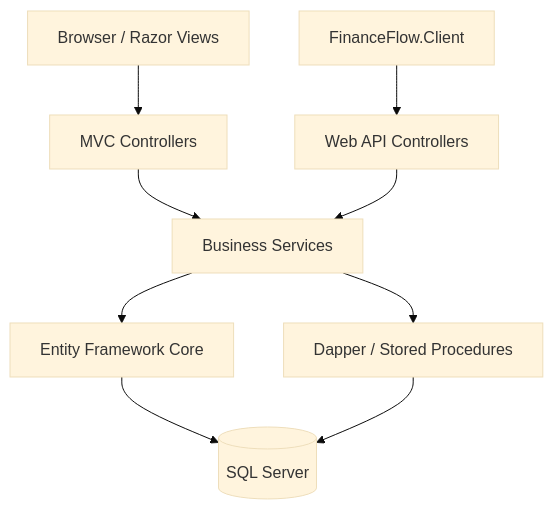
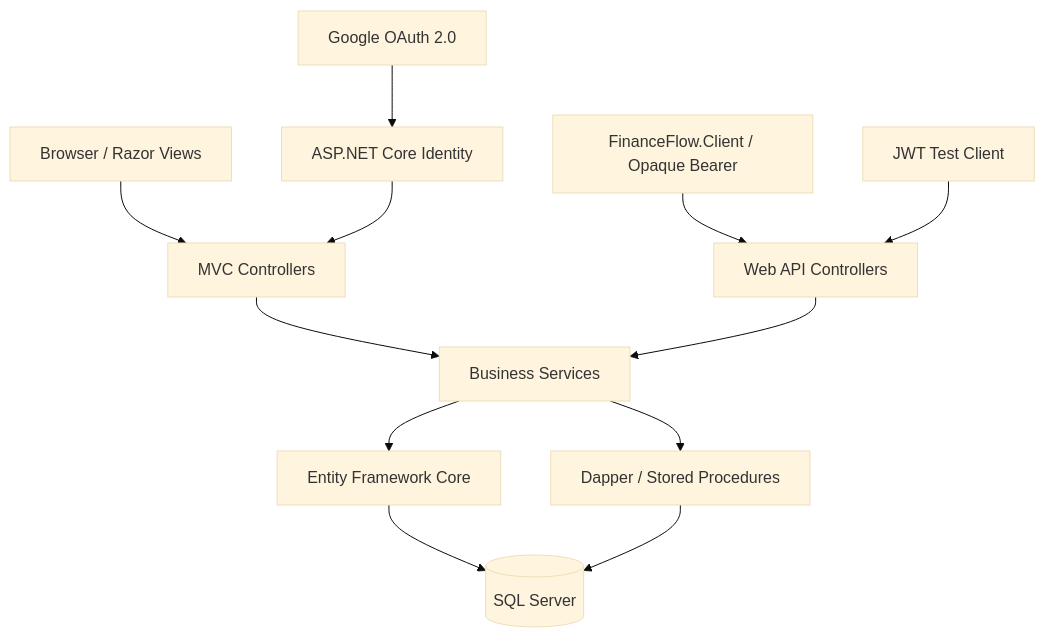
The diagram in README.md (nielson21/FinanceFlow), drawn with Mermaid (base theme) before and after one commit. The commit also changed other lines of this file, not shown here.

Commit message:
Update README with JWT and Google OAuth integration

````diff
--- a/README.md
+++ b/README.md
@@ -77,14 +106,17 @@
 ```mermaid
 flowchart TD
     Browser["Browser / Razor Views"] --> MVC["MVC Controllers"]
-    Client["FinanceFlow.Client"] --> API["Web API Controllers"]
+    Client["FinanceFlow.Client / Opaque Bearer"] --> API["Web API Controllers"]
+    JwtClient["JWT Test Client"] --> API
+    Google["Google OAuth 2.0"] --> Identity["ASP.NET Core Identity"]
+    Identity --> MVC
 
     MVC --> Services["Business Services"]
     API --> Services
 
     Services --> EF["Entity Framework Core"]
     Services --> Dapper["Dapper / Stored Procedures"]
 
     EF --> DB[("SQL Server")]
     Dapper --> DB
 ```
````
